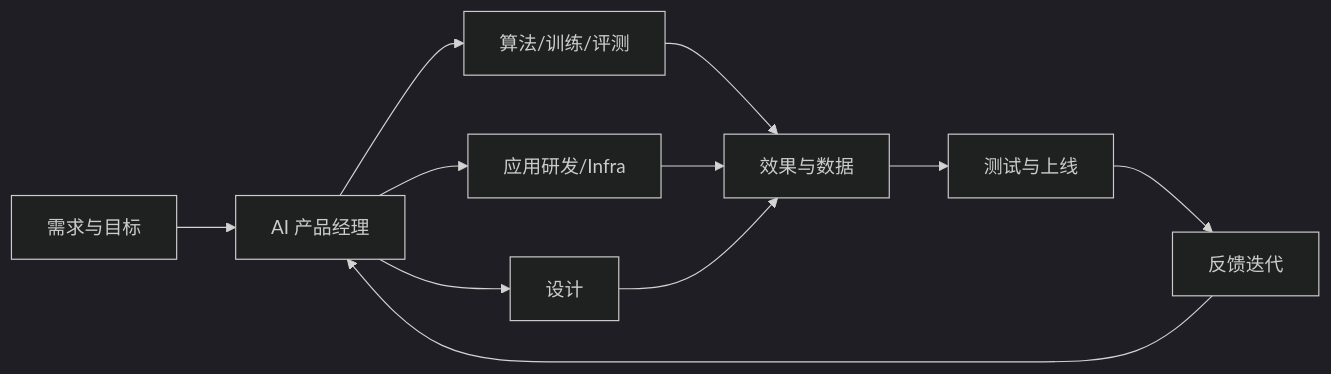
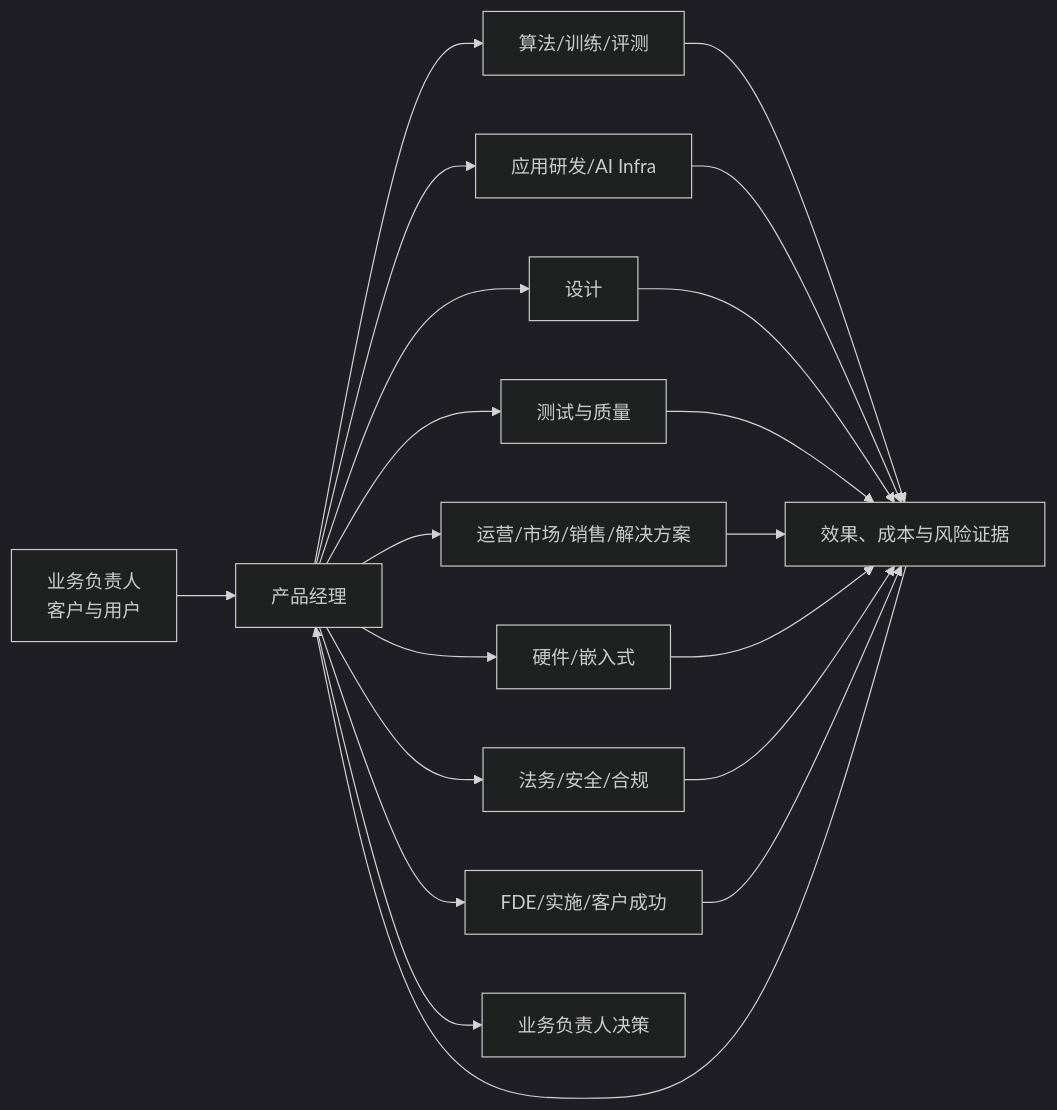
The diagram in docs/job/positions/index.md (AI-PM-Wiki/AIPM), drawn with Mermaid (dark theme) before and after one commit. The commit also changed other lines of this file and 248 other files, not shown here.

````diff
--- a/docs/job/positions/index.md
+++ b/docs/job/positions/index.md
@@ -11,13 +11,22 @@
 ```mermaid
 flowchart LR
-    A[需求与目标] --> B[AI 产品经理]
+    A[业务负责人<br/>客户与用户] --> B[产品经理]
     B --> C[算法/训练/评测]
-    B --> D[应用研发/Infra]
+    B --> D[应用研发/AI Infra]
     B --> E[设计]
-    C --> F[效果与数据]
-    D --> F
-    E --> F
-    F --> G[测试与上线]
-    G --> H[反馈迭代]
-    H --> B
+    B --> F[测试与质量]
+    B --> G[运营/市场/销售/解决方案]
+    B --> H[硬件/嵌入式]
+    B --> I[法务/安全/合规]
+    B --> J[FDE/实施/客户成功]
+    C --> K[效果、成本与风险证据]
+    D --> K
+    E --> K
+    F --> K
+    G --> K
+    H --> K
+    I --> K
+    J --> K
+    K --> B
+    B --> L[业务负责人决策]
 ```
````
